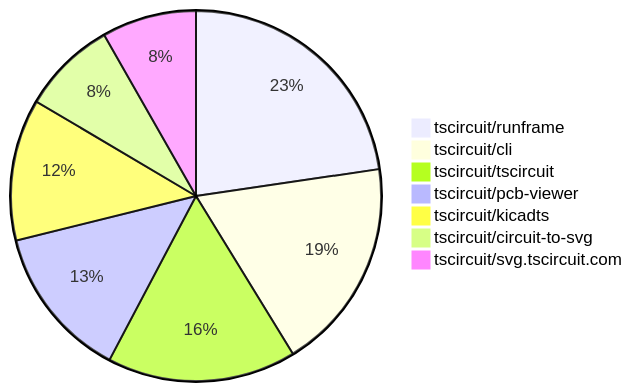
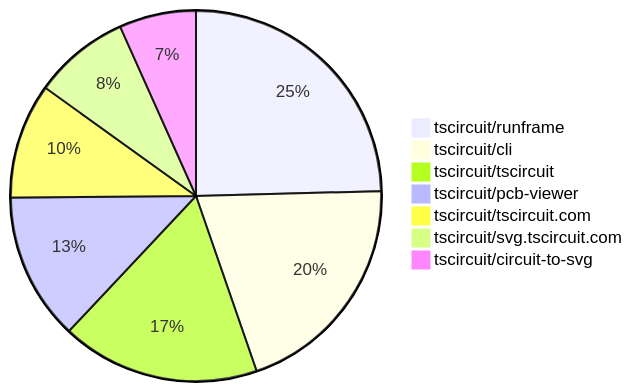
Before and after one commit to tscircuit/contribution-tracker: the second of 2 diagrams in README.md, drawn with Mermaid. The commit also changed other lines of this file and 3 other files, not shown here.

````diff
--- a/README.md
+++ b/README.md
@@ -109,10 +124,10 @@
 ```mermaid
 pie
-    "tscircuit/runframe" : 22
-    "tscircuit/cli" : 18
-    "tscircuit/tscircuit" : 16
-    "tscircuit/pcb-viewer" : 13
-    "tscircuit/kicadts" : 12
-    "tscircuit/circuit-to-svg" : 8
-    "tscircuit/svg.tscircuit.com" : 8
+    "tscircuit/runframe" : 44
+    "tscircuit/cli" : 36
+    "tscircuit/tscircuit" : 31
+    "tscircuit/pcb-viewer" : 23
+    "tscircuit/tscircuit.com" : 18
+    "tscircuit/svg.tscircuit.com" : 15
+    "tscircuit/circuit-to-svg" : 12
 ```
````
